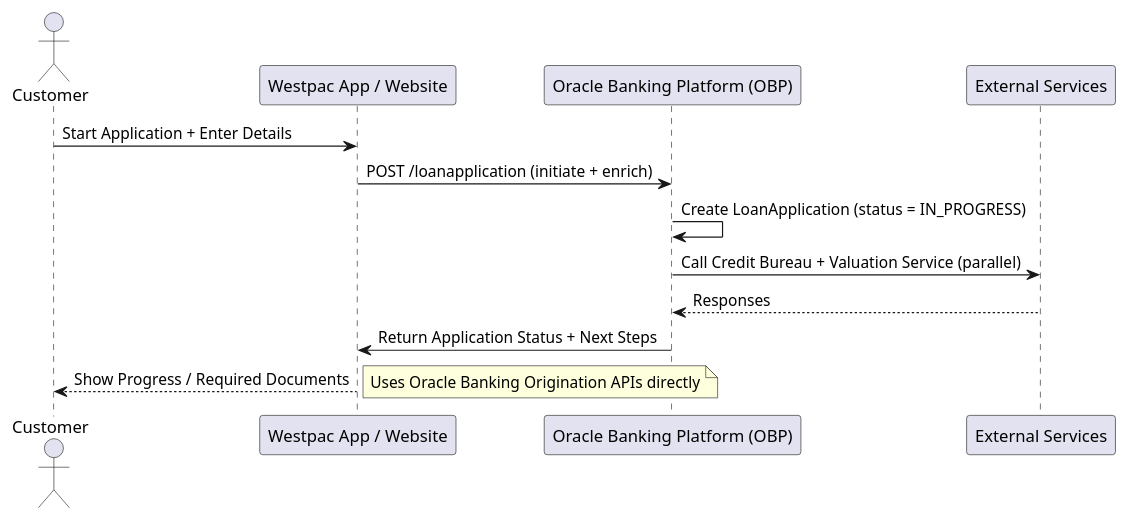
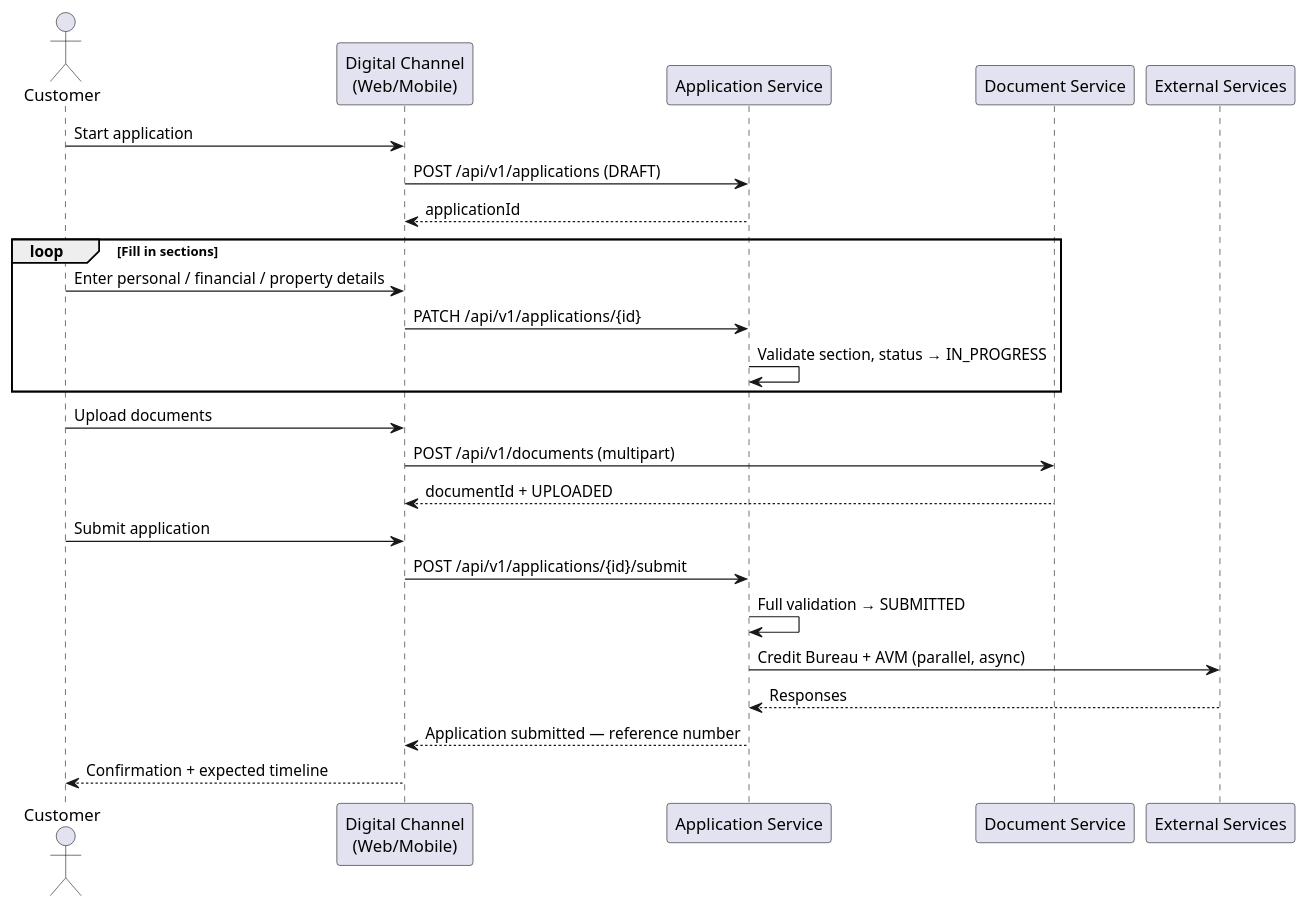
Before and after one commit to atheryon-ai/atheryon-mortgages: the fourth of 10 diagrams in mortgage-origination-srs.md, drawn with PlantUML. The commit also changed other lines of this file and 143 other files, not shown here.

First line of the commit message:
Build mortgage origination platform end-to-end

````diff
--- a/mortgage-origination-srs.md
+++ b/mortgage-origination-srs.md
@@ -192,20 +801,31 @@
 ```plantuml
 @startuml
 actor Customer
-participant "Westpac App / Website" as DigitalChannel
-participant "Oracle Banking Platform (OBP)" as OBP
+participant "Digital Channel\n(Web/Mobile)" as Digital
+participant "Application Service" as AppService
+participant "Document Service" as DocService
 participant "External Services" as External
 
-Customer -> DigitalChannel: Start Application + Enter Details
-DigitalChannel -> OBP: POST /loanapplication (initiate + enrich)
-OBP -> OBP: Create LoanApplication (status = IN_PROGRESS)
-OBP -> External: Call Credit Bureau + Valuation Service (parallel)
-External --> OBP: Responses
-OBP -> DigitalChannel: Return Application Status + Next Steps
-DigitalChannel --> Customer: Show Progress / Required Documents
+Customer -> Digital: Start application
+Digital -> AppService: POST /api/v1/applications (DRAFT)
+AppService --> Digital: applicationId
 
-note right
-  Uses Oracle Banking Origination APIs directly
-end note
+loop Fill in sections
+  Customer -> Digital: Enter personal / financial / property details
+  Digital -> AppService: PATCH /api/v1/applications/{id}
+  AppService -> AppService: Validate section, status → IN_PROGRESS
+end
+
+Customer -> Digital: Upload documents
+Digital -> DocService: POST /api/v1/documents (multipart)
+DocService --> Digital: documentId + UPLOADED
+
+Customer -> Digital: Submit application
+Digital -> AppService: POST /api/v1/applications/{id}/submit
+AppService -> AppService: Full validation → SUBMITTED
+AppService -> External: Credit Bureau + AVM (parallel, async)
+External --> AppService: Responses
+AppService --> Digital: Application submitted — reference number
+Digital --> Customer: Confirmation + expected timeline
 @enduml
 ```
````
